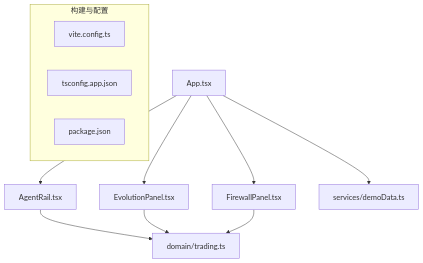
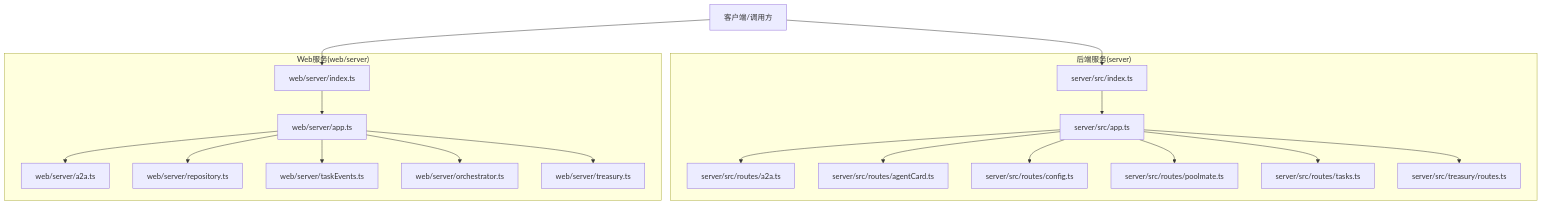
Before and after one commit to Maki3991/study-PactLedger: the first of 9 diagrams in .qoder/repowiki/zh/content/API参考文档/API参考文档.md, drawn with Mermaid. The commit also changed other lines of this file and 8 other files, not shown here.

````diff
--- a/.qoder/repowiki/zh/content/API参考文档/API参考文档.md
+++ b/.qoder/repowiki/zh/content/API参考文档/API参考文档.md
@@ -47,15 +48,37 @@
 ```mermaid
 graph TB
-A["App.tsx"] --> B["AgentRail.tsx"]
-A --> C["EvolutionPanel.tsx"]
-A --> D["FirewallPanel.tsx"]
-A --> E["services/demoData.ts"]
-B --> F["domain/trading.ts"]
-C --> F
-D --> F
-subgraph "构建与配置"
-G["vite.config.ts"]
-H["tsconfig.app.json"]
-I["package.json"]
+subgraph "后端服务(server)"
+S_Index["server/src/index.ts"]
+S_App["server/src/app.ts"]
+S_Routes_A2A["server/src/routes/a2a.ts"]
+S_Routes_AgentCard["server/src/routes/agentCard.ts"]
+S_Routes_Config["server/src/routes/config.ts"]
+S_Routes_PoolMate["server/src/routes/poolmate.ts"]
+S_Routes_Tasks["server/src/routes/tasks.ts"]
+S_Treasury_Routes["server/src/treasury/routes.ts"]
 end
+subgraph "Web服务(web/server)"
+W_Index["web/server/index.ts"]
+W_App["web/server/app.ts"]
+W_A2A["web/server/a2a.ts"]
+W_Repo["web/server/repository.ts"]
+W_Events["web/server/taskEvents.ts"]
+W_Orchestrator["web/server/orchestrator.ts"]
+W_Treasury["web/server/treasury.ts"]
+end
+Client["客户端/调用方"] --> S_Index
+S_Index --> S_App
+S_App --> S_Routes_A2A
+S_App --> S_Routes_AgentCard
+S_App --> S_Routes_Config
+S_App --> S_Routes_PoolMate
+S_App --> S_Routes_Tasks
+S_App --> S_Treasury_Routes
+Client --> W_Index
+W_Index --> W_App
+W_App --> W_A2A
+W_App --> W_Repo
+W_App --> W_Events
+W_App --> W_Orchestrator
+W_App --> W_Treasury
 ```
````
